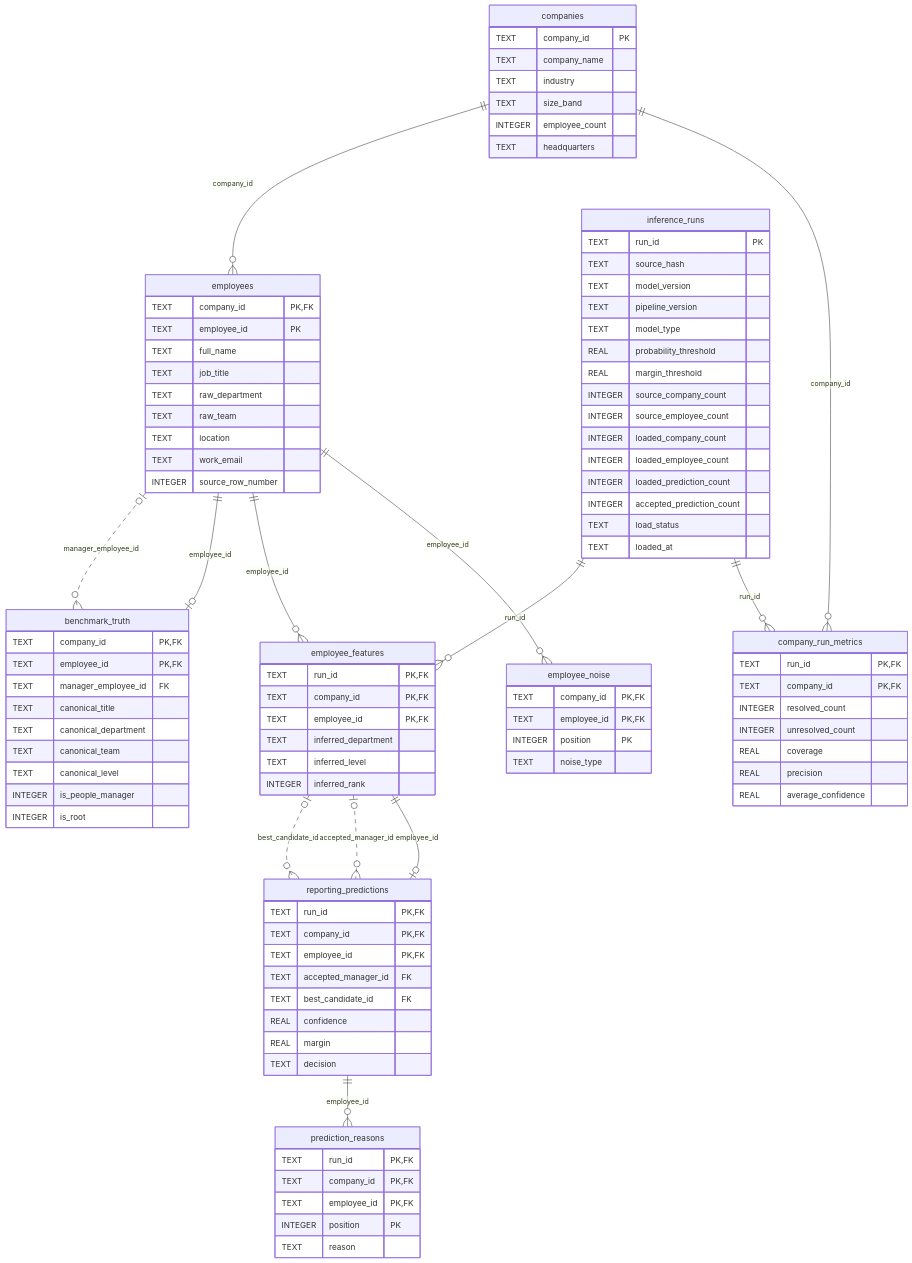
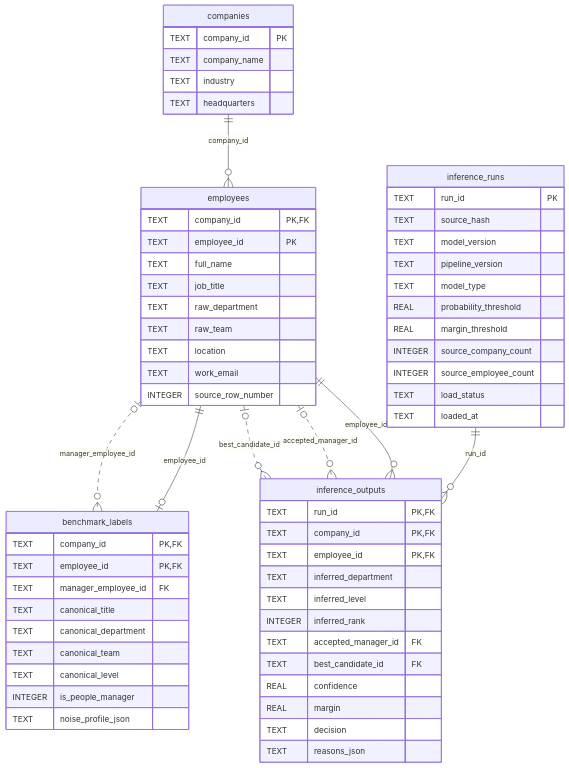
Before and after one commit to meet2712/orggraph-python: the diagram in public/database-erd.mmd, drawn with Mermaid. The commit also changed 37 other files, not shown here.

```diff
--- a/public/database-erd.mmd
+++ b/public/database-erd.mmd
@@ -1,100 +1,63 @@
 erDiagram
     companies {
         TEXT company_id PK
-        TEXT company_name 
-        TEXT industry 
-        TEXT size_band 
-        INTEGER employee_count 
-        TEXT headquarters 
+        TEXT company_name
+        TEXT industry
+        TEXT headquarters
     }
     employees {
         TEXT company_id PK,FK
         TEXT employee_id PK
-        TEXT full_name 
-        TEXT job_title 
-        TEXT raw_department 
-        TEXT raw_team 
-        TEXT location 
-        TEXT work_email 
-        INTEGER source_row_number 
+        TEXT full_name
+        TEXT job_title
+        TEXT raw_department
+        TEXT raw_team
+        TEXT location
+        TEXT work_email
+        INTEGER source_row_number
     }
-    benchmark_truth {
+    benchmark_labels {
         TEXT company_id PK,FK
         TEXT employee_id PK,FK
         TEXT manager_employee_id FK
-        TEXT canonical_title 
-        TEXT canonical_department 
-        TEXT canonical_team 
-        TEXT canonical_level 
-        INTEGER is_people_manager 
-        INTEGER is_root 
+        TEXT canonical_title
+        TEXT canonical_department
+        TEXT canonical_team
+        TEXT canonical_level
+        INTEGER is_people_manager
+        TEXT noise_profile_json
     }
     inference_runs {
         TEXT run_id PK
-        TEXT source_hash 
-        TEXT model_version 
-        TEXT pipeline_version 
-        TEXT model_type 
-        REAL probability_threshold 
-        REAL margin_threshold 
-        INTEGER source_company_count 
-        INTEGER source_employee_count 
-        INTEGER loaded_company_count 
-        INTEGER loaded_employee_count 
-        INTEGER loaded_prediction_count 
-        INTEGER accepted_prediction_count 
-        TEXT load_status 
-        TEXT loaded_at 
+        TEXT source_hash
+        TEXT model_version
+        TEXT pipeline_version
+        TEXT model_type
+        REAL probability_threshold
+        REAL margin_threshold
+        INTEGER source_company_count
+        INTEGER source_employee_count
+        TEXT load_status
+        TEXT loaded_at
     }
-    employee_features {
+    inference_outputs {
         TEXT run_id PK,FK
         TEXT company_id PK,FK
         TEXT employee_id PK,FK
-        TEXT inferred_department 
-        TEXT inferred_level 
-        INTEGER inferred_rank 
-    }
-    reporting_predictions {
-        TEXT run_id PK,FK
-        TEXT company_id PK,FK
-        TEXT employee_id PK,FK
+        TEXT inferred_department
+        TEXT inferred_level
+        INTEGER inferred_rank
         TEXT accepted_manager_id FK
         TEXT best_candidate_id FK
-        REAL confidence 
-        REAL margin 
-        TEXT decision 
-    }
-    company_run_metrics {
-        TEXT run_id PK,FK
-        TEXT company_id PK,FK
-        INTEGER resolved_count 
-        INTEGER unresolved_count 
-        REAL coverage 
-        REAL precision 
-        REAL average_confidence 
-    }
-    employee_noise {
-        TEXT company_id PK,FK
-        TEXT employee_id PK,FK
-        INTEGER position PK
-        TEXT noise_type 
-    }
-    prediction_reasons {
-        TEXT run_id PK,FK
-        TEXT company_id PK,FK
-        TEXT employee_id PK,FK
-        INTEGER position PK
-        TEXT reason 
+        REAL confidence
+        REAL margin
+        TEXT decision
+        TEXT reasons_json
     }
     companies ||--o{ employees : company_id
-    employees |o..o{ benchmark_truth : manager_employee_id
-    employees ||--o| benchmark_truth : employee_id
-    employees ||--o{ employee_features : employee_id
-    inference_runs ||--o{ employee_features : run_id
-    employee_features |o..o{ reporting_predictions : best_candidate_id
-    employee_features |o..o{ reporting_predictions : accepted_manager_id
-    employee_features ||--o| reporting_predictions : employee_id
-    companies ||--o{ company_run_metrics : company_id
-    inference_runs ||--o{ company_run_metrics : run_id
-    employees ||--o{ employee_noise : employee_id
-    reporting_predictions ||--o{ prediction_reasons : employee_id
+    employees |o..o{ benchmark_labels : manager_employee_id
+    employees ||--o| benchmark_labels : employee_id
+    employees |o..o{ inference_outputs : best_candidate_id
+    employees |o..o{ inference_outputs : accepted_manager_id
+    employees ||--o{ inference_outputs : employee_id
+    inference_runs ||--o{ inference_outputs : run_id
```
